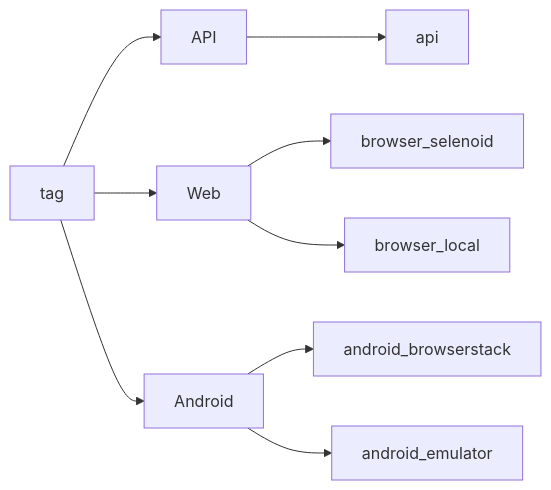
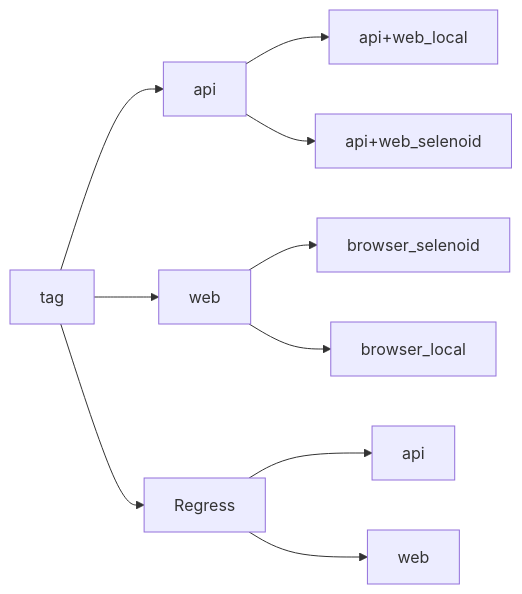
The first of 2 diagrams in README.md (VadimTolstov/allure_api_ui), drawn with Mermaid before and after one commit. The commit also changed other lines of this file and 1 other file, not shown here.

````diff
--- a/README.md
+++ b/README.md
@@ -98,11 +89,12 @@
 ```mermaid
 graph LR
-A[tag] --> B[API]
-A --> C[Web]
-A --> D[Android]
-B --> K[api]
+A[tag] --> B[api]
+A --> C[web]
+A --> D[Regress]
+B --> K[api+web_local]
+B --> L[api+web_selenoid]
 C --> E[browser_selenoid]
 C --> F[browser_local]
-D --> G[android_browserstack]
-D --> H[android_emulator]
+D --> G[api]
+D --> H[web]
 ```
````
